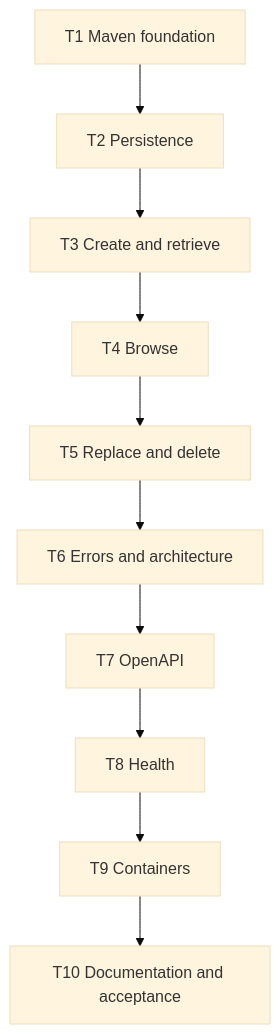
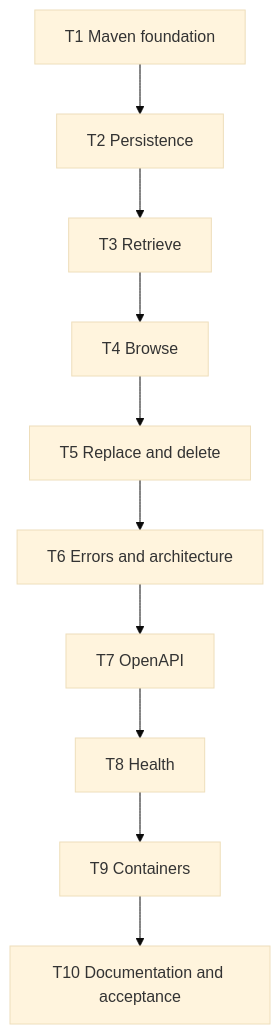
One commit to egorvel/rent-flow-pricing changed the diagram in .specs/service-skeleton/tasks.md. Above: the diagram before and after it, drawn with Mermaid (base theme). The commit also changed other lines of this file and 27 other files, not shown here.

````diff
--- a/.specs/service-skeleton/tasks.md
+++ b/.specs/service-skeleton/tasks.md
@@ -15,12 +18,12 @@
 ```mermaid
 flowchart TD
     T1["T1 Maven foundation"] --> T2["T2 Persistence"]
-    T2 --> T3["T3 Create and retrieve"]
+    T2 --> T3["T3 Retrieve"]
     T3 --> T4["T4 Browse"]
     T4 --> T5["T5 Replace and delete"]
     T5 --> T6["T6 Errors and architecture"]
     T6 --> T7["T7 OpenAPI"]
     T7 --> T8["T8 Health"]
     T8 --> T9["T9 Containers"]
     T9 --> T10["T10 Documentation and acceptance"]
 ```
````
